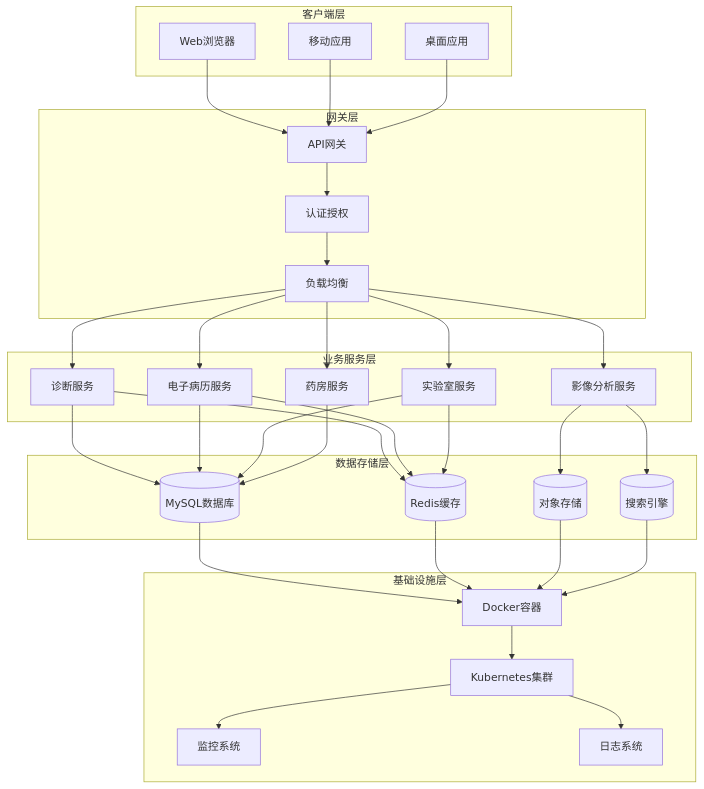
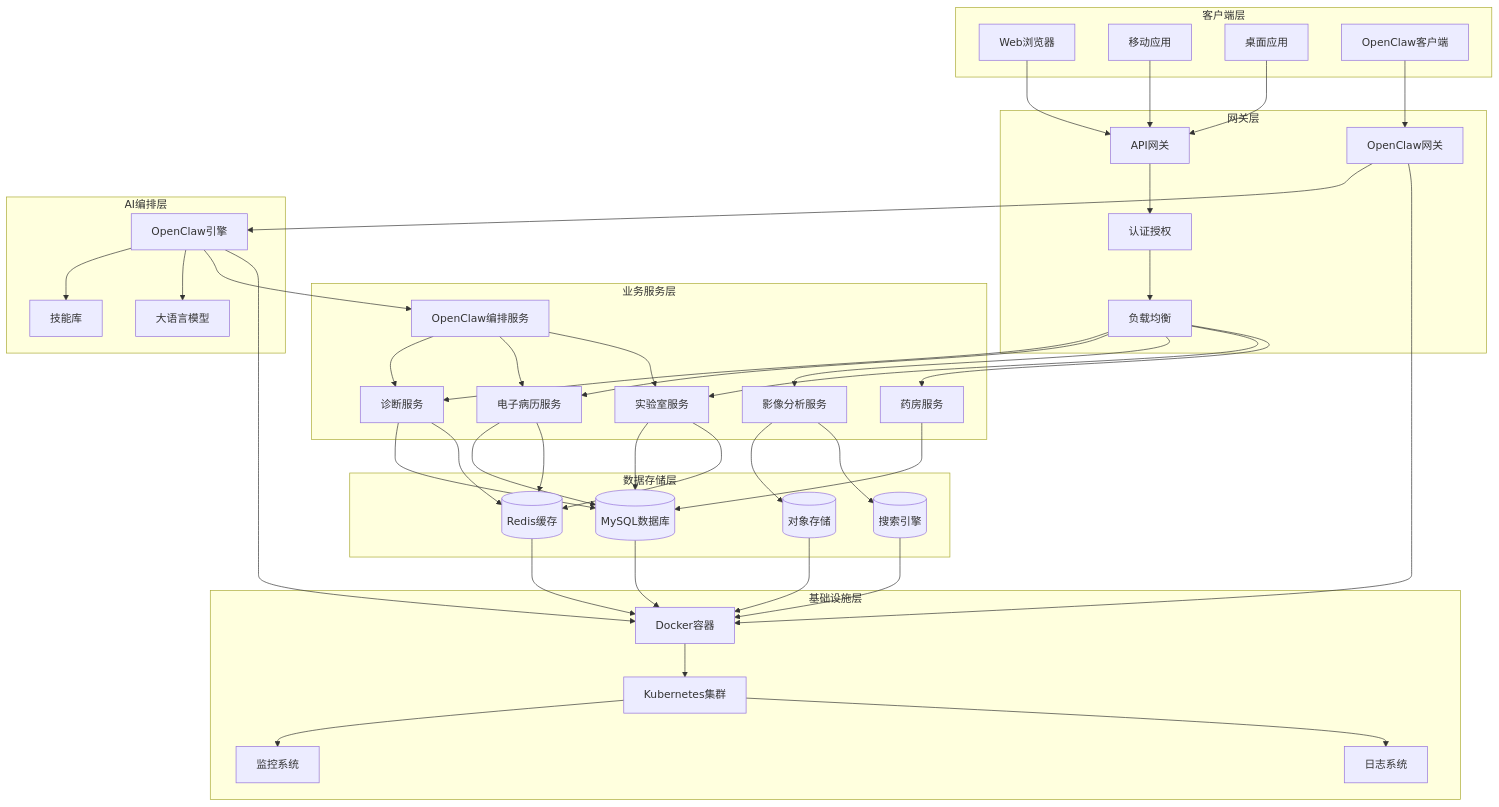
The second of 15 diagrams in .qoder/repowiki/zh/content/Update Summary/Update Summary.md (liuzh2008/med_ai_assistant_workspace), drawn with Mermaid before and after one commit. The commit also changed other lines of this file and 5 other files, not shown here.

````diff
--- a/.qoder/repowiki/zh/content/Update Summary/Update Summary.md
+++ b/.qoder/repowiki/zh/content/Update Summary/Update Summary.md
@@ -154,58 +171,76 @@
 ```mermaid
 graph TB
 subgraph "客户端层"
 Web[Web浏览器]
 Mobile[移动应用]
 Desktop[桌面应用]
+OpenClawClient[OpenClaw客户端]
 end
 subgraph "网关层"
 Gateway[API网关]
 Auth[认证授权]
 LoadBalancer[负载均衡]
+OpenClawGateway[OpenClaw网关]
 end
 subgraph "业务服务层"
 Diagnosis[诊断服务]
 EMR[电子病历服务]
 Imaging[影像分析服务]
 Lab[实验室服务]
 Pharmacy[药房服务]
+OpenClawService[OpenClaw编排服务]
 end
 subgraph "数据存储层"
 MySQL[(MySQL数据库)]
 Redis[(Redis缓存)]
 MinIO[(对象存储)]
 Elasticsearch[(搜索引擎)]
+end
+subgraph "AI编排层"
+OpenClawEngine[OpenClaw引擎]
+Skills[技能库]
+LLM[大语言模型]
 end
 subgraph "基础设施层"
 Docker[Docker容器]
 Kubernetes[Kubernetes集群]
 Monitoring[监控系统]
 Logging[日志系统]
 end
 Web --> Gateway
 Mobile --> Gateway
 Desktop --> Gateway
+OpenClawClient --> OpenClawGateway
 Gateway --> Auth
 Auth --> LoadBalancer
 LoadBalancer --> Diagnosis
 LoadBalancer --> EMR
 LoadBalancer --> Imaging
 LoadBalancer --> Lab
 LoadBalancer --> Pharmacy
+OpenClawGateway --> OpenClawEngine
+OpenClawEngine --> Skills
+OpenClawEngine --> LLM
+OpenClawEngine --> OpenClawService
+OpenClawService --> Diagnosis
+OpenClawService --> EMR
+OpenClawService --> Lab
 Diagnosis --> MySQL
 EMR --> MySQL
 Imaging --> MinIO
 Lab --> MySQL
 Pharmacy --> MySQL
 Diagnosis --> Redis
 EMR --> Redis
 Lab --> Redis
 Imaging --> Elasticsearch
 MySQL --> Docker
 Redis --> Docker
 MinIO --> Docker
 Elasticsearch --> Docker
+OpenClawEngine --> Docker
+OpenClawGateway --> Docker
 Docker --> Kubernetes
 Kubernetes --> Monitoring
 Kubernetes --> Logging
 ```
````
